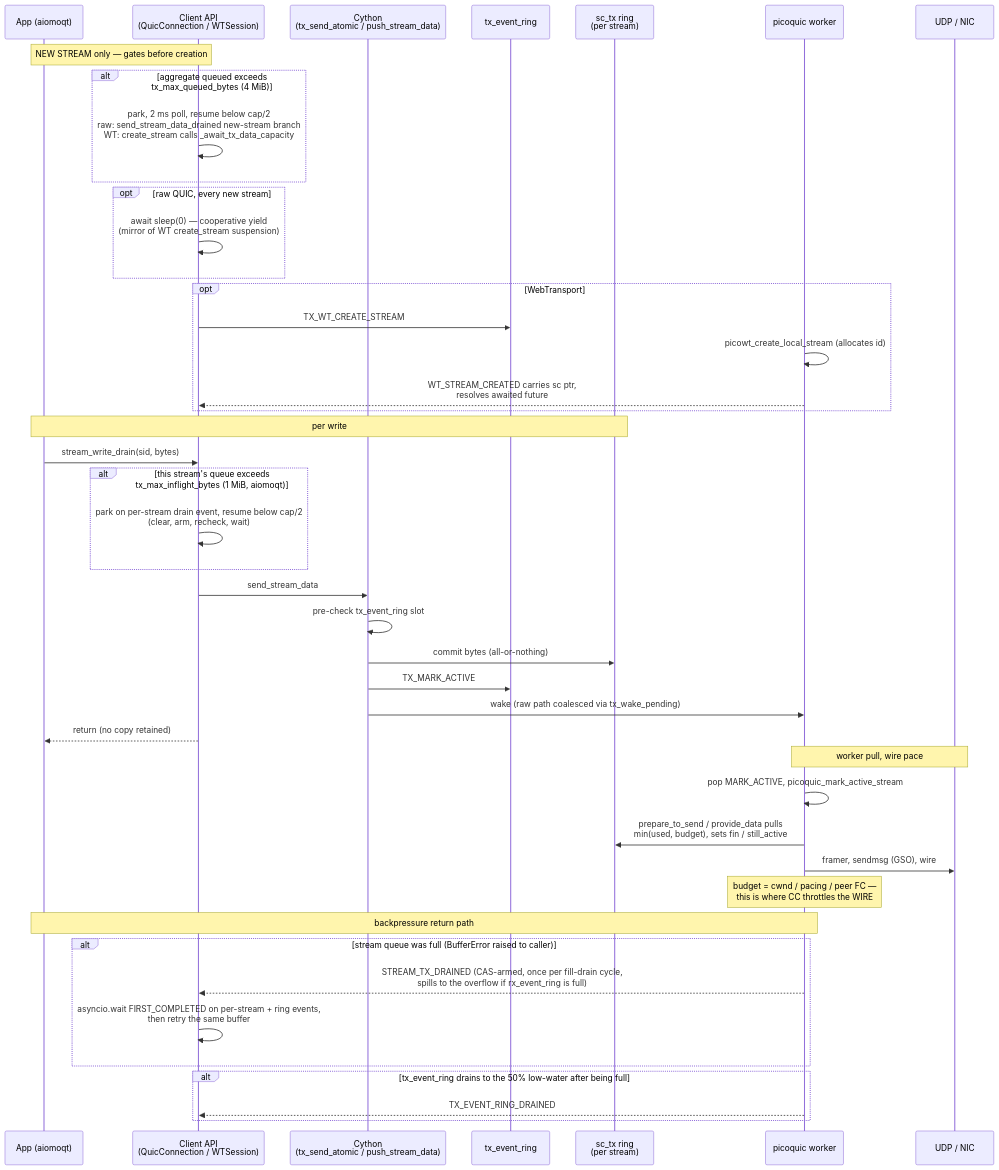
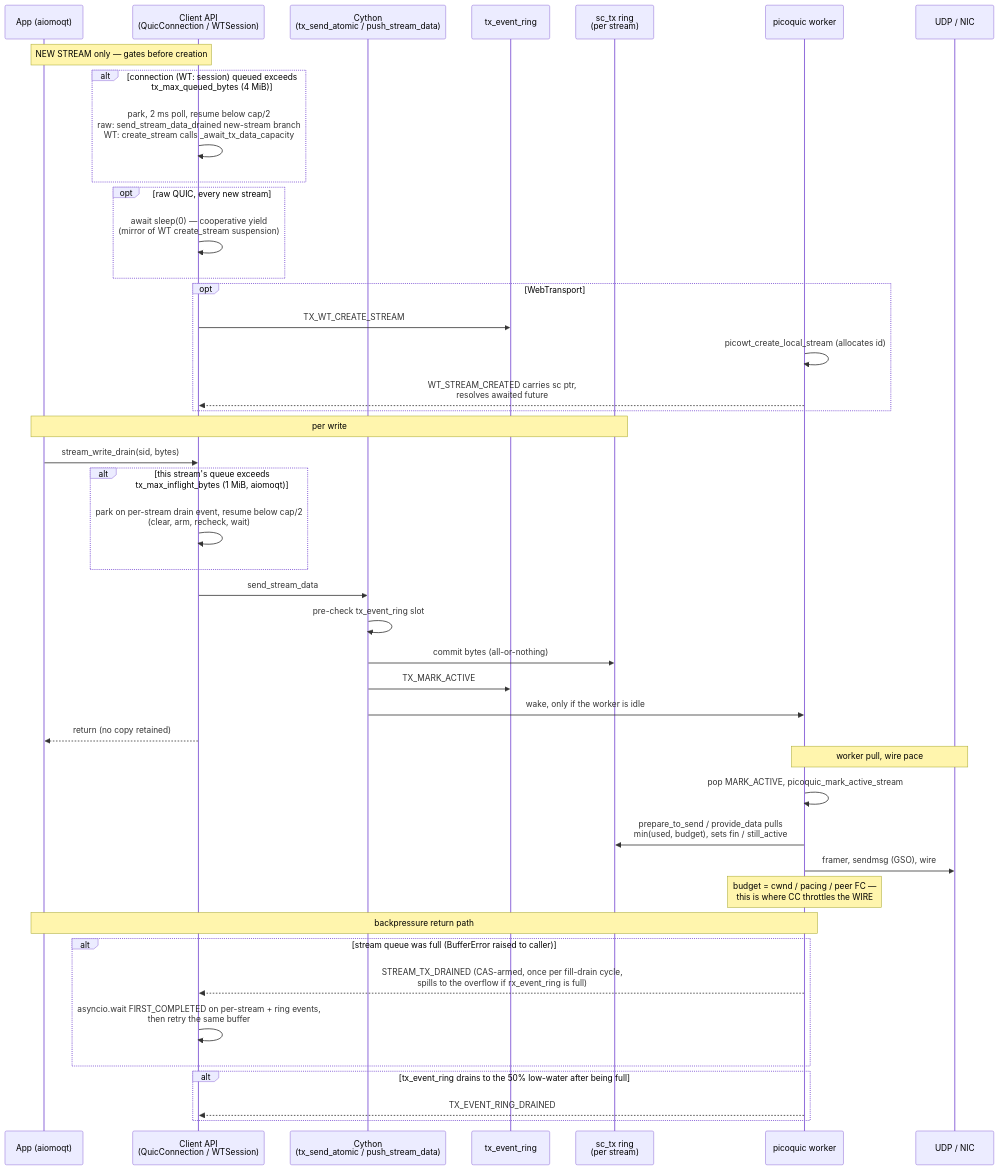
The first of 2 diagrams in DATAFLOW.md (gmarzot/aiopquic), drawn with Mermaid before and after one commit. The commit also changed other lines of this file and 59 other files, not shown here.

````diff
--- a/DATAFLOW.md
+++ b/DATAFLOW.md
@@ -43,50 +47,50 @@
 ```mermaid
 sequenceDiagram
     participant App as App (aiomoqt)
     participant API as Client API<br/>(QuicConnection / WTSession)
     participant CY as Cython<br/>(tx_send_atomic / push_stream_data)
     participant TXR as tx_event_ring
     participant SCTX as sc_tx ring<br/>(per stream)
     participant WK as picoquic worker
     participant NIC as UDP / NIC
 
     Note over App,API: NEW STREAM only — gates before creation
-    alt aggregate queued exceeds tx_max_queued_bytes (4 MiB)
+    alt connection (WT: session) queued exceeds tx_max_queued_bytes (4 MiB)
         API->>API: park, 2 ms poll, resume below cap/2<br/>raw: send_stream_data_drained new-stream branch<br/>WT: create_stream calls _await_tx_data_capacity
     end
     opt raw QUIC, every new stream
         API->>API: await sleep(0) — cooperative yield<br/>(mirror of WT create_stream suspension)
     end
     opt WebTransport
         API->>TXR: TX_WT_CREATE_STREAM
         WK->>WK: picowt_create_local_stream (allocates id)
         WK-->>API: WT_STREAM_CREATED carries sc ptr,<br/>resolves awaited future
     end
 
     Note over App,SCTX: per write
     App->>API: stream_write_drain(sid, bytes)
     alt this stream's queue exceeds tx_max_inflight_bytes (1 MiB, aiomoqt)
         API->>API: park on per-stream drain event, resume below cap/2<br/>(clear, arm, recheck, wait)
     end
     API->>CY: send_stream_data
     CY->>CY: pre-check tx_event_ring slot
     CY->>SCTX: commit bytes (all-or-nothing)
     CY->>TXR: TX_MARK_ACTIVE
-    CY->>WK: wake (raw path coalesced via tx_wake_pending)
+    CY->>WK: wake, only if the worker is idle
     API-->>App: return (no copy retained)
 
     Note over WK,NIC: worker pull, wire pace
     WK->>WK: pop MARK_ACTIVE, picoquic_mark_active_stream
     WK->>SCTX: prepare_to_send / provide_data pulls<br/>min(used, budget), sets fin / still_active
     WK->>NIC: framer, sendmsg (GSO), wire
     Note over WK: budget = cwnd / pacing / peer FC —<br/>this is where CC throttles the WIRE
 
     Note over WK,App: backpressure return path
     alt stream queue was full (BufferError raised to caller)
         WK-->>API: STREAM_TX_DRAINED (CAS-armed, once per fill-drain cycle,<br/>spills to the overflow if rx_event_ring is full)
         API->>API: asyncio.wait FIRST_COMPLETED on per-stream + ring events,<br/>then retry the same buffer
     end
     alt tx_event_ring drains to the 50% low-water after being full
         WK-->>API: TX_EVENT_RING_DRAINED
     end
 ```
````
